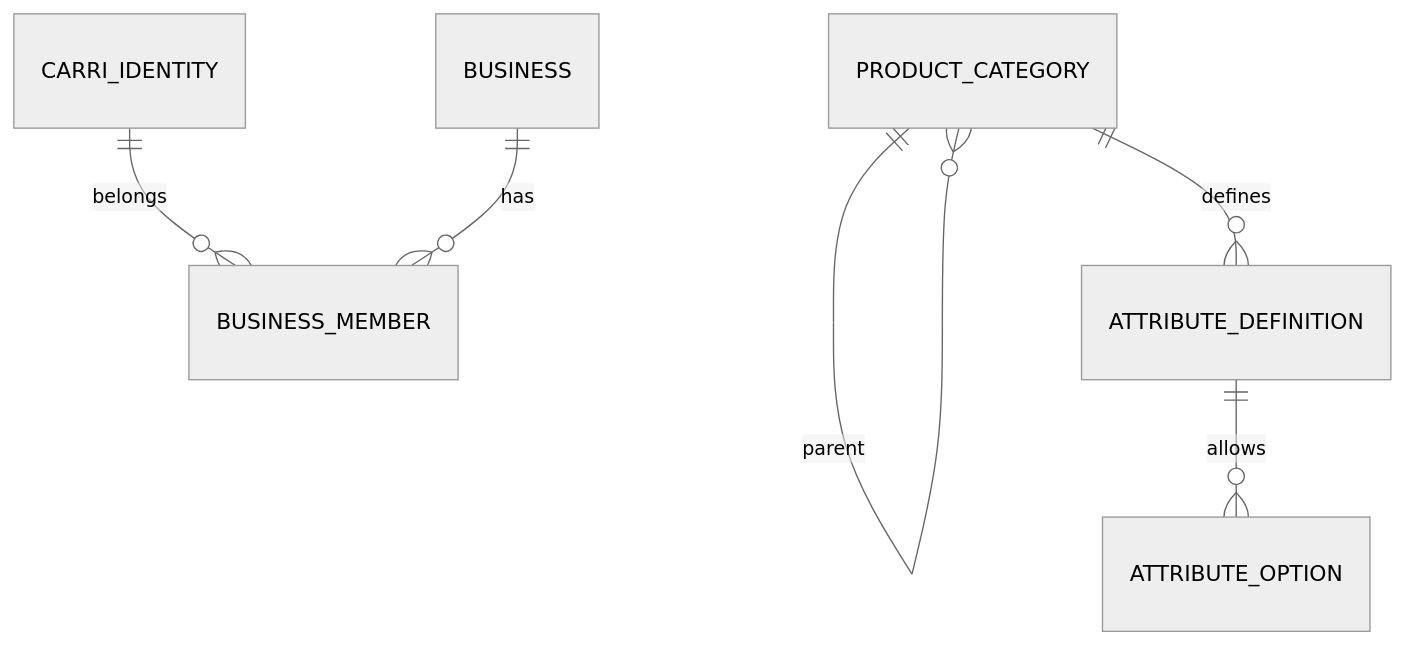
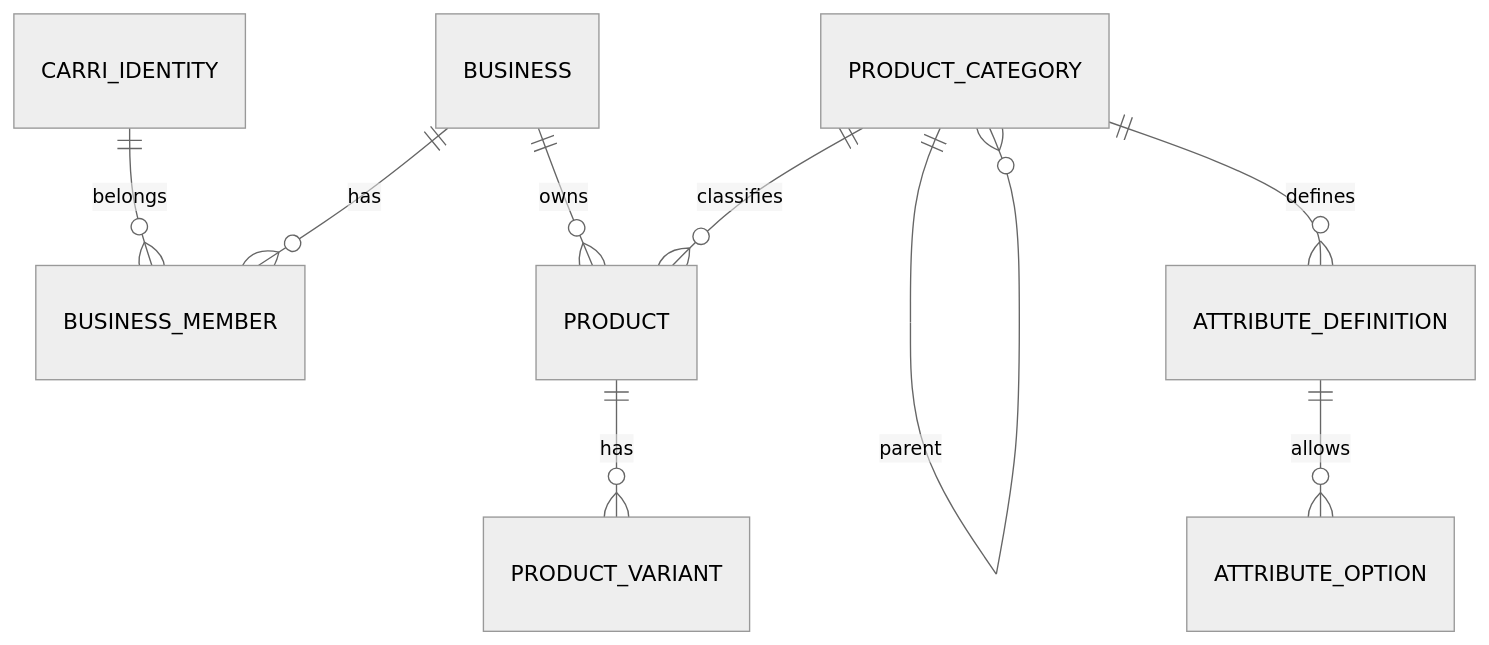
The diagram in docs/database.md (djtg-dig/ecommerceback), drawn with Mermaid (neutral theme) before and after one commit. The commit also changed other lines of this file and 14 other files, not shown here.

Commit message:
Product et ProductVariant sont implémentés

````diff
--- a/docs/database.md
+++ b/docs/database.md
@@ -3,8 +3,11 @@
 ```mermaid
 erDiagram
   CARRI_IDENTITY ||--o{ BUSINESS_MEMBER : belongs
   BUSINESS ||--o{ BUSINESS_MEMBER : has
   PRODUCT_CATEGORY ||--o{ PRODUCT_CATEGORY : parent
   PRODUCT_CATEGORY ||--o{ ATTRIBUTE_DEFINITION : defines
   ATTRIBUTE_DEFINITION ||--o{ ATTRIBUTE_OPTION : allows
+  BUSINESS ||--o{ PRODUCT : owns
+  PRODUCT_CATEGORY ||--o{ PRODUCT : classifies
+  PRODUCT ||--o{ PRODUCT_VARIANT : has
 ```
````
